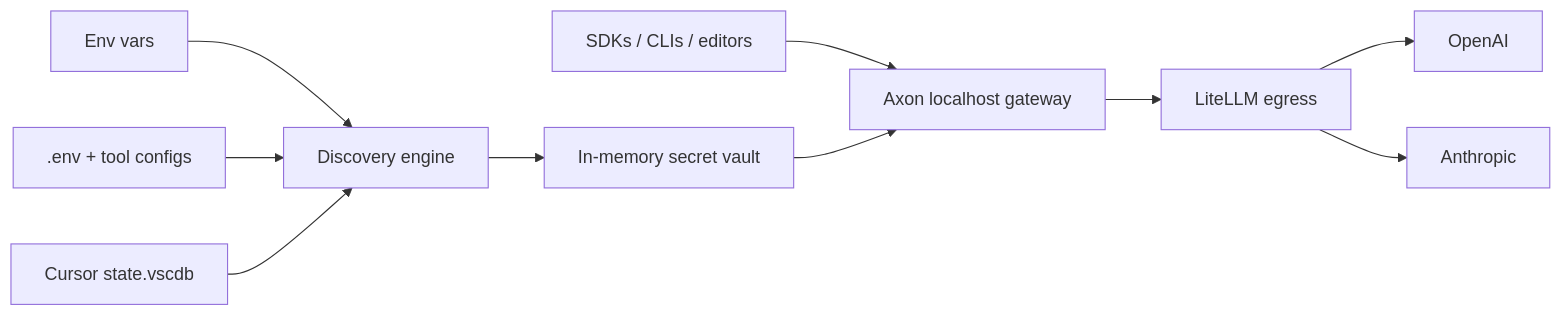
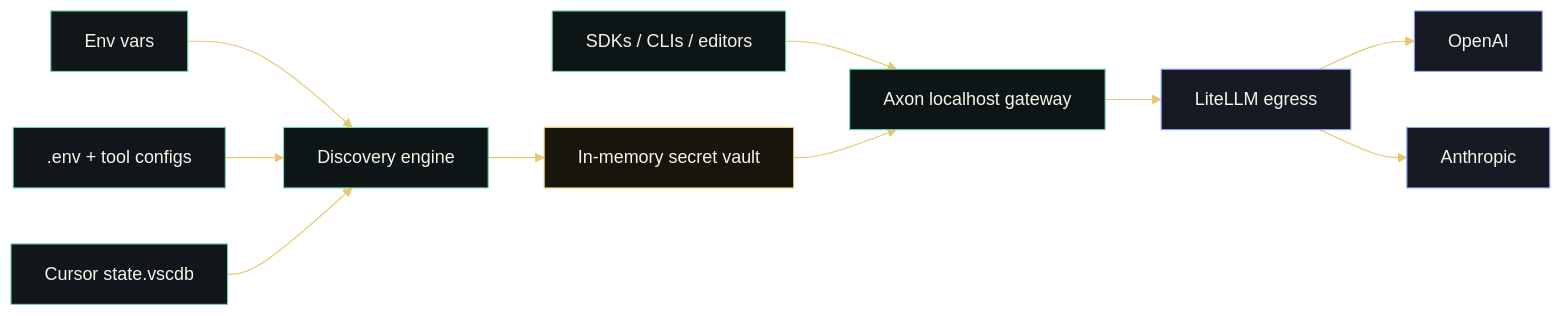
The diagram in README.md (Nigmat-future/axon), drawn with Mermaid before and after one commit. The commit also changed other lines of this file and 1 other file, not shown here.

Commit message:
README: add neural Axon visual identity

````diff
--- a/README.md
+++ b/README.md
@@ -46,12 +102,20 @@
 ```mermaid
+%%{init: {"theme": "base", "themeVariables": {"background": "#0A0F12", "primaryColor": "#11161A", "primaryTextColor": "#F3F6E8", "primaryBorderColor": "#74D3AE", "lineColor": "#E6C86E", "secondaryColor": "#191713", "tertiaryColor": "#171A22"}}}%%
 flowchart LR
-    tools["SDKs / CLIs / editors"] --> ingress["Axon localhost gateway"]
+    client["SDKs / CLIs / editors"] --> ingress["Axon localhost gateway"]
     env["Env vars"] --> discovery["Discovery engine"]
     files[".env + tool configs"] --> discovery
     cursor["Cursor state.vscdb"] --> discovery
     discovery --> vault["In-memory secret vault"]
     vault --> ingress
-    ingress --> litellm["LiteLLM egress"]
-    litellm --> openai["OpenAI"]
-    litellm --> anthropic["Anthropic"]
+    ingress --> egress["LiteLLM egress"]
+    egress --> openai["OpenAI"]
+    egress --> anthropic["Anthropic"]
+
+    classDef local fill:#0E1516,stroke:#74D3AE,color:#F3F6E8;
+    classDef secure fill:#18150E,stroke:#E6C86E,color:#F3F6E8;
+    classDef provider fill:#171A22,stroke:#8EA7FF,color:#F3F6E8;
+    class client,ingress,discovery local;
+    class vault secure;
+    class egress,openai,anthropic provider;
 ```
````
